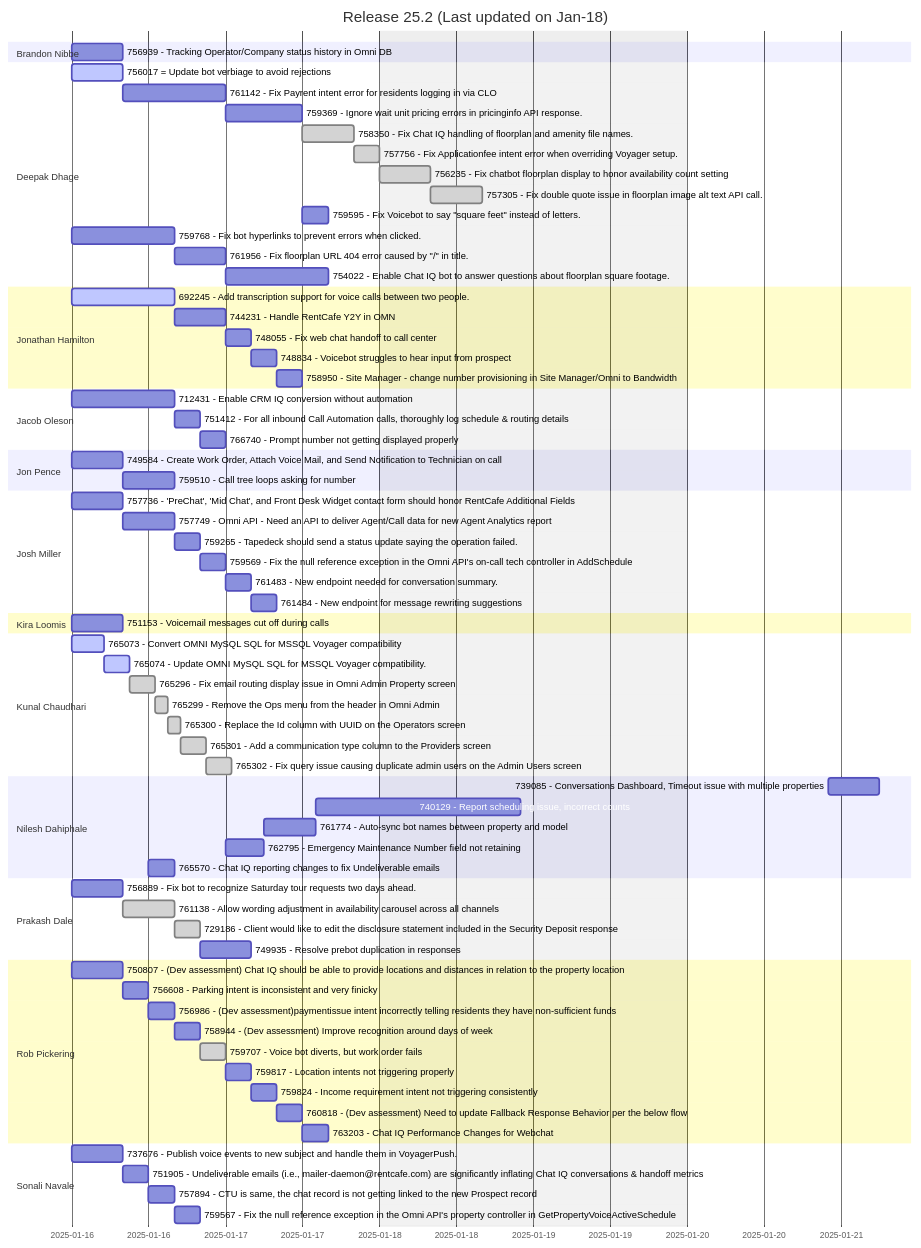
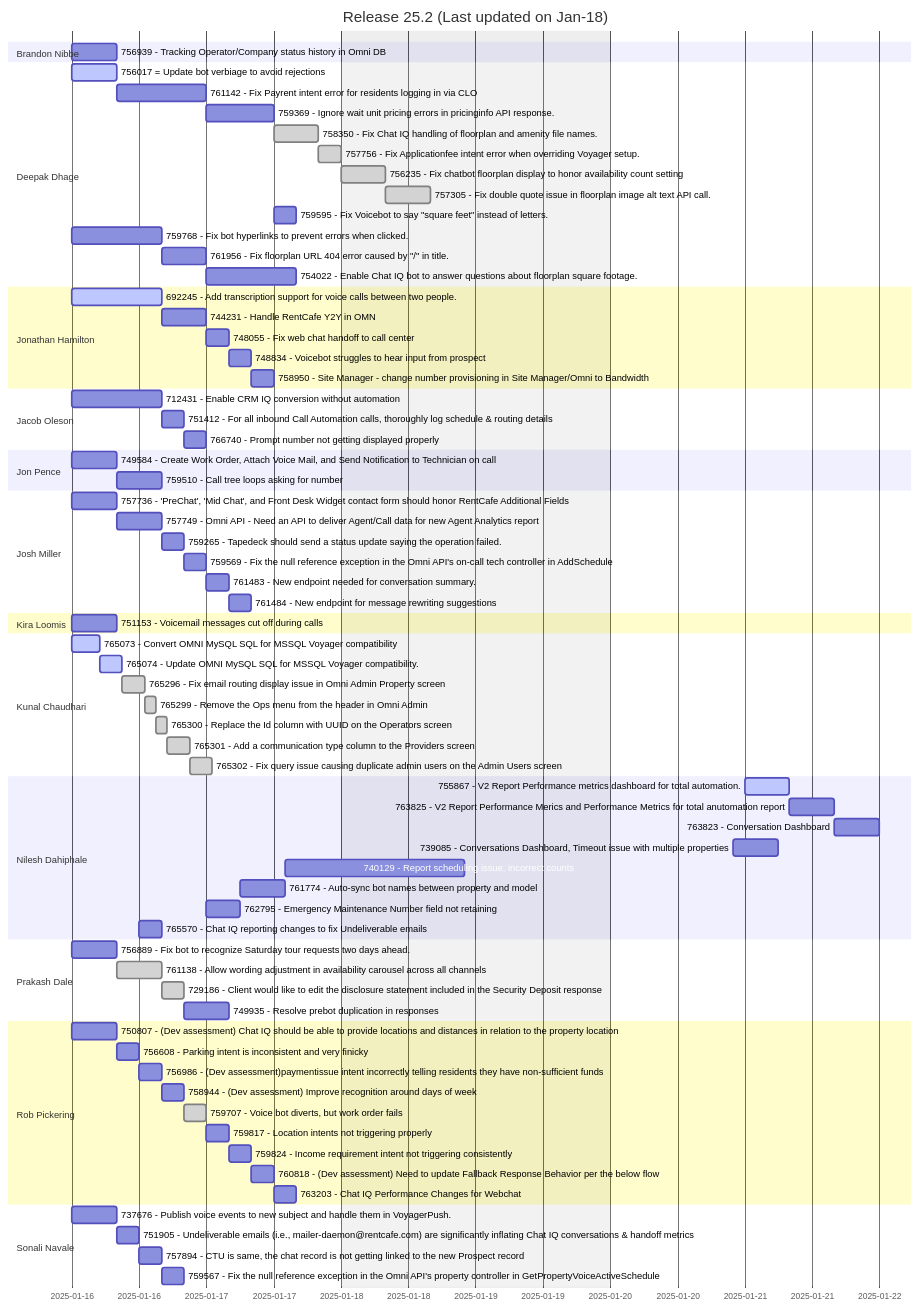
The first of 2 diagrams in README.md (prakash-dale/prakash-dale.github.io), drawn with Mermaid before and after one commit.

```diff
--- a/README.md
+++ b/README.md
@@ -62,6 +62,9 @@
         765302 - Fix query issue causing duplicate admin users on the Admin Users screen: done, 765302, after 765301, 4h
 
     section Nilesh Dahiphale
+        755867 - V2 Report Performance metrics dashboard for total automation.: active, 755867, Jan-21, 8h
+        763825 - V2 Report  Performance Merics and Performance Metrics for total anutomation report: 763825, after 755867, 8h
+        763823 - Conversation Dashboard: 763823, after 763825, 8h
         739085 - Conversations Dashboard, Timeout issue with multiple properties: 739085, after 740129, 8h
         740129 - Report scheduling issue, incorrect counts: 740129, after 761774, 32h
         761774 - Auto-sync bot names between property and model: 761774, after 762795, 8h
```
